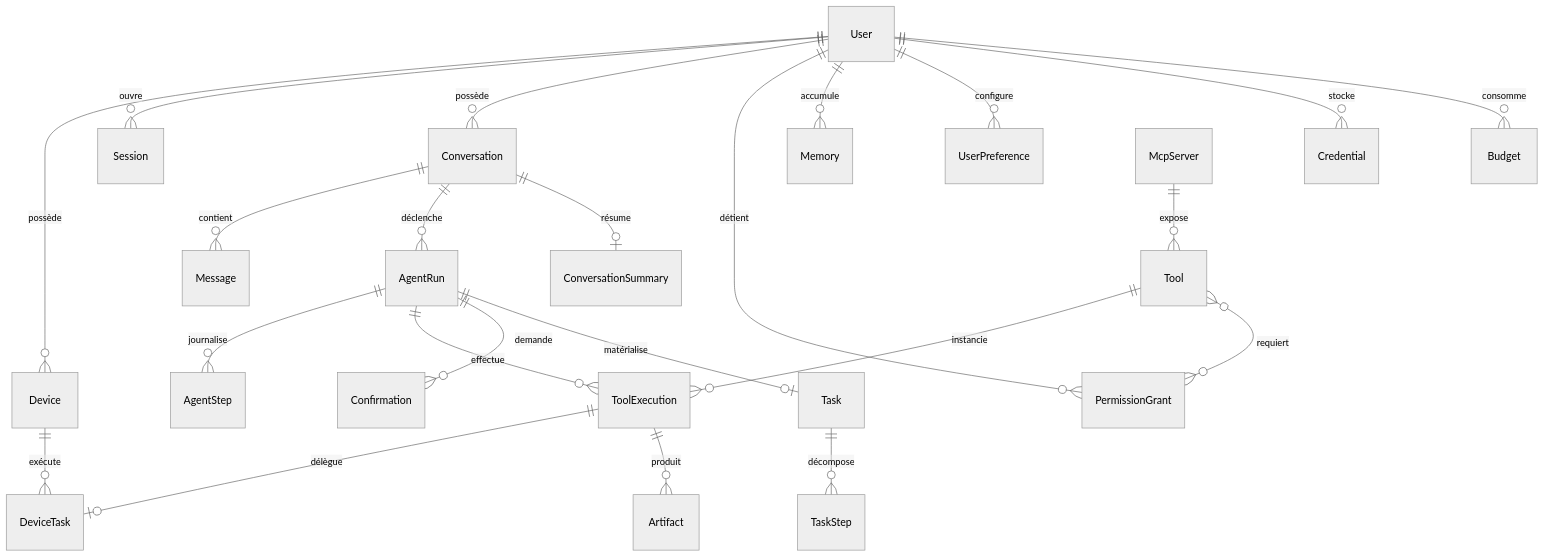
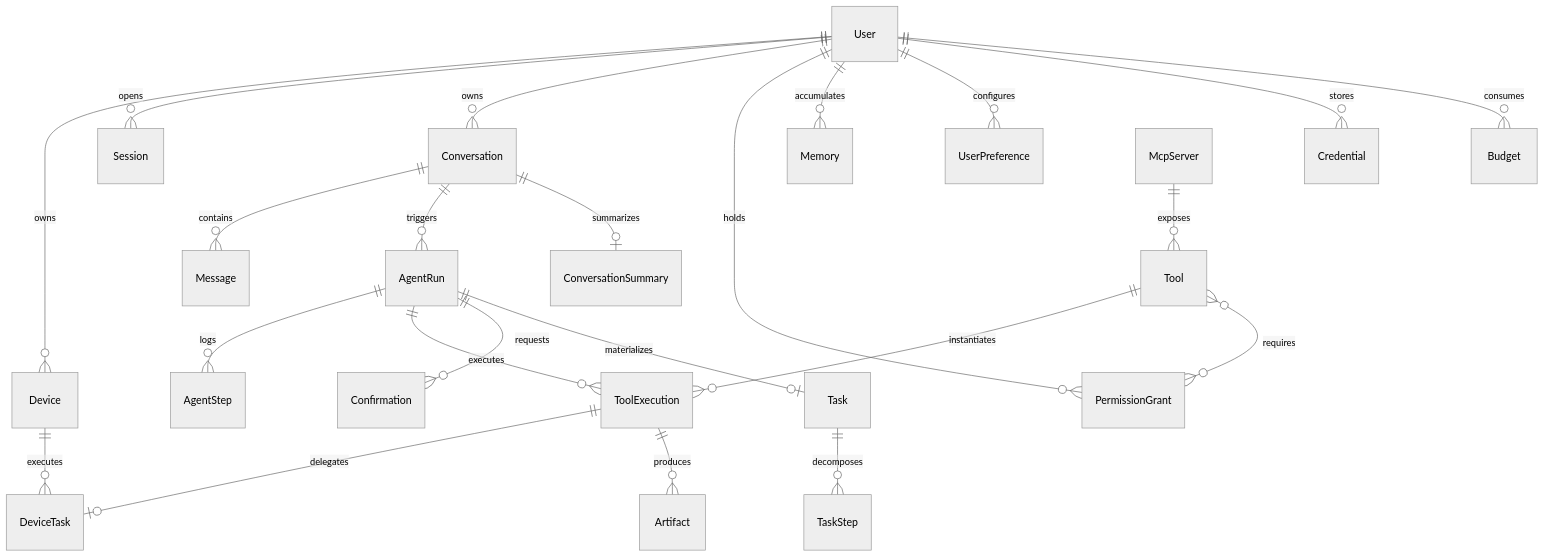
The diagram in docs/architecture/07-data-model.md (adlanehzx/Nexus), drawn with Mermaid (neutral theme) before and after one commit. The commit also changed other lines of this file and 44 other files, not shown here.

````diff
--- a/docs/architecture/07-data-model.md
+++ b/docs/architecture/07-data-model.md
@@ -9,25 +9,25 @@
 ```mermaid
 erDiagram
-  User ||--o{ Device : possède
-  User ||--o{ Session : ouvre
-  User ||--o{ Conversation : possède
-  User ||--o{ PermissionGrant : détient
-  User ||--o{ Memory : accumule
-  User ||--o{ UserPreference : configure
-  User ||--o{ Credential : stocke
-  User ||--o{ Budget : consomme
-  Conversation ||--o{ Message : contient
-  Conversation ||--o{ AgentRun : déclenche
-  Conversation ||--o| ConversationSummary : résume
-  AgentRun ||--o{ AgentStep : journalise
-  AgentRun ||--o{ ToolExecution : effectue
-  AgentRun ||--o{ Confirmation : demande
-  AgentRun ||--o| Task : matérialise
-  Task ||--o{ TaskStep : décompose
-  Tool ||--o{ ToolExecution : instancie
-  Tool }o--o{ PermissionGrant : requiert
-  Device ||--o{ DeviceTask : exécute
-  ToolExecution ||--o| DeviceTask : délègue
-  ToolExecution ||--o{ Artifact : produit
-  McpServer ||--o{ Tool : expose
+  User ||--o{ Device : owns
+  User ||--o{ Session : opens
+  User ||--o{ Conversation : owns
+  User ||--o{ PermissionGrant : holds
+  User ||--o{ Memory : accumulates
+  User ||--o{ UserPreference : configures
+  User ||--o{ Credential : stores
+  User ||--o{ Budget : consumes
+  Conversation ||--o{ Message : contains
+  Conversation ||--o{ AgentRun : triggers
+  Conversation ||--o| ConversationSummary : summarizes
+  AgentRun ||--o{ AgentStep : logs
+  AgentRun ||--o{ ToolExecution : executes
+  AgentRun ||--o{ Confirmation : requests
+  AgentRun ||--o| Task : materializes
+  Task ||--o{ TaskStep : decomposes
+  Tool ||--o{ ToolExecution : instantiates
+  Tool }o--o{ PermissionGrant : requires
+  Device ||--o{ DeviceTask : executes
+  ToolExecution ||--o| DeviceTask : delegates
+  ToolExecution ||--o{ Artifact : produces
+  McpServer ||--o{ Tool : exposes
 ```
````
